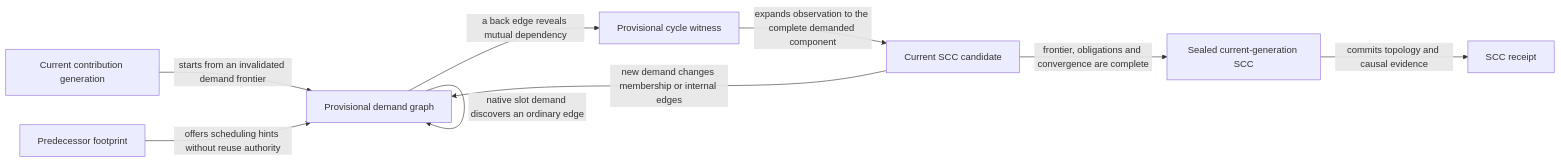
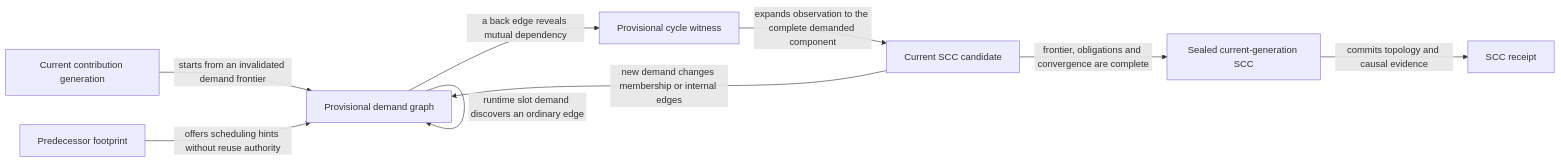
The first of 4 diagrams in module-system/design/45-32-current-generation-scc-identity-and-topology-change.org (tao3k/gebril-yuanxu), drawn with Mermaid before and after one commit. The commit also changed other lines of this file and 1469 other files, not shown here.

```diff
--- a/module-system/design/45-32-current-generation-scc-identity-and-topology-change.org
+++ b/module-system/design/45-32-current-generation-scc-identity-and-topology-change.org
@@ -64,11 +64,11 @@
 #+begin_src mermaid
 flowchart LR
   G["Current contribution generation"] -->|"starts from an invalidated demand frontier"| P["Provisional demand graph"]
   H["Predecessor footprint"] -->|"offers scheduling hints without reuse authority"| P
-  P -->|"native slot demand discovers an ordinary edge"| P
+  P -->|"runtime slot demand discovers an ordinary edge"| P
   P -->|"a back edge reveals mutual dependency"| W["Provisional cycle witness"]
   W -->|"expands observation to the complete demanded component"| C["Current SCC candidate"]
   C -->|"new demand changes membership or internal edges"| P
   C -->|"frontier, obligations and convergence are complete"| S["Sealed current-generation SCC"]
   S -->|"commits topology and causal evidence"| R["SCC receipt"]
 #+end_src
```
